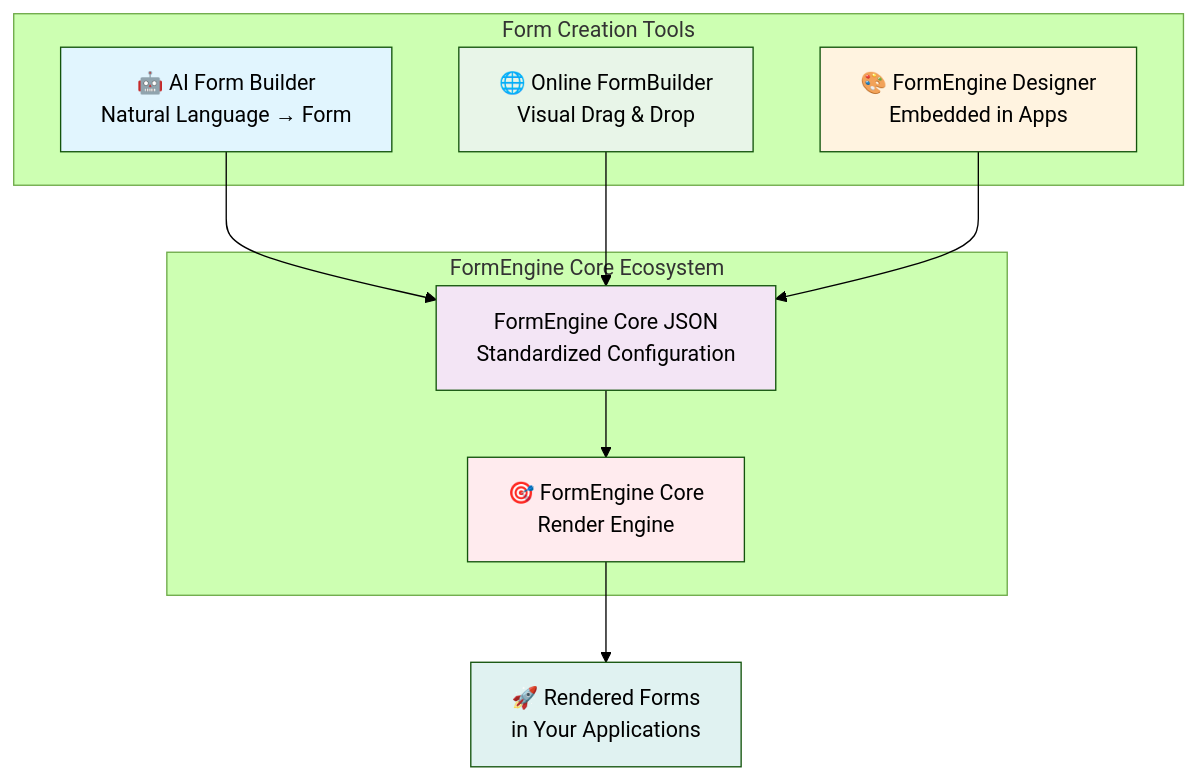
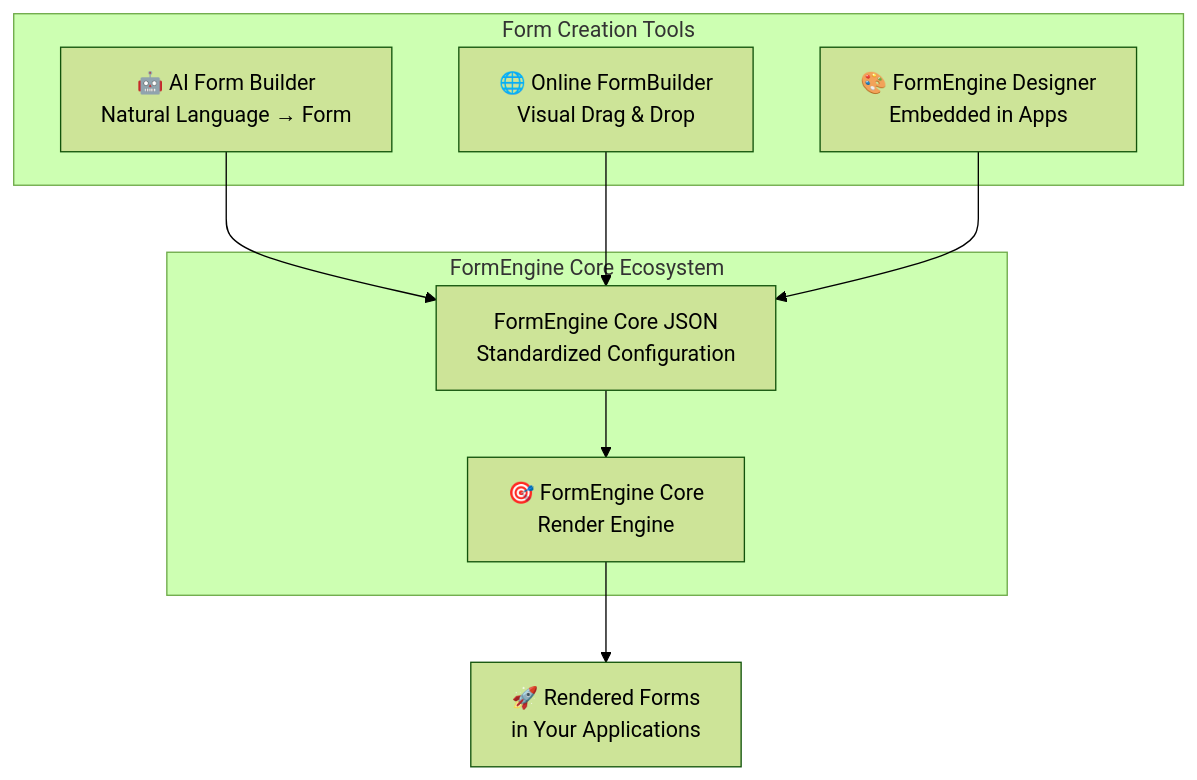
Before and after one commit to OptimaJetLLC/formengine: the diagram in src/documentation/docs/index.md, drawn with Mermaid (forest theme). The commit also changed 2 other files, not shown here.

Commit message:
FE-1815 HTML attributes documentation (#1678)

````diff
--- a/src/documentation/docs/index.md
+++ b/src/documentation/docs/index.md
@@ -87,27 +87,27 @@
 ```mermaid
 flowchart TD
     subgraph "Form Creation Tools"
         AI["🤖 AI Form Builder<br/>Natural Language → Form"]
         Online["🌐 Online FormBuilder<br/>Visual Drag & Drop"]
         Designer["🎨 FormEngine Designer<br/>Embedded in Apps"]
     end
 
     subgraph "FormEngine Core Ecosystem"
         JSON["FormEngine Core JSON<br/>Standardized Configuration"]
         Core["🎯 FormEngine Core<br/>Render Engine"]
     end
 
     AI --> JSON
     Online --> JSON
     Designer --> JSON
     JSON --> Core
     
     Core --> Rendered["🚀 Rendered Forms<br/>in Your Applications"]
     
-    style AI fill:#e1f5fe
-    style Online fill:#e8f5e8
-    style Designer fill:#fff3e0
-    style JSON fill:#f3e5f5
-    style Core fill:#ffebee
-    style Rendered fill:#e0f2f1
+    class AI mermaid-ai-form-builder;
+    class Designer mermaid-form-engine-designer;
+    class Online mermaid-online-form-builder;
+    class JSON mermaid-form-engine-core-json;
+    class Core mermaid-form-engine-core;
+    class Rendered mermaid-rendered-forms;
 ```
````
